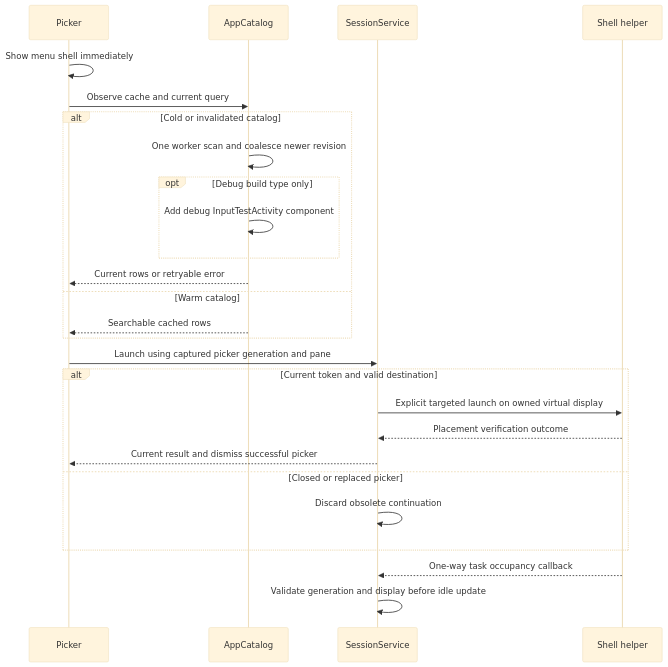
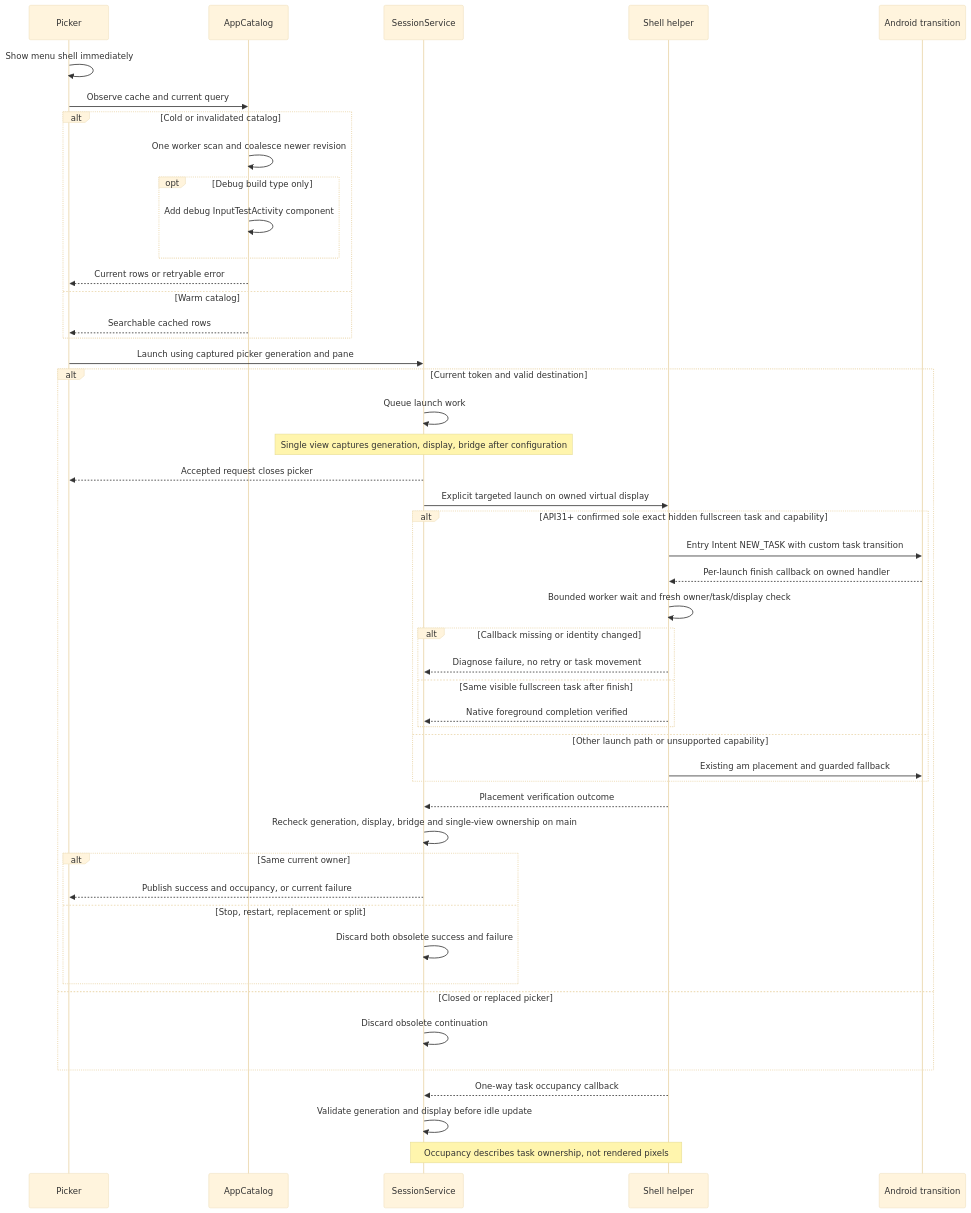
The second of 2 diagrams in docs/architecture/features/app-launcher.md (PhiLong-Ho/DexDroid), drawn with Mermaid (base theme) before and after one commit. The commit also changed other lines of this file and 319 other files, not shown here.

````diff
--- a/docs/architecture/features/app-launcher.md
+++ b/docs/architecture/features/app-launcher.md
@@ -29,28 +38,50 @@
 ```mermaid
 sequenceDiagram
     participant UI as Picker
     participant C as AppCatalog
     participant S as SessionService
     participant D as Shell helper
+    participant N as Android transition
     UI->>UI: Show menu shell immediately
     UI->>C: Observe cache and current query
     alt Cold or invalidated catalog
         C->>C: One worker scan and coalesce newer revision
         opt Debug build type only
             C->>C: Add debug InputTestActivity component
         end
         C-->>UI: Current rows or retryable error
     else Warm catalog
         C-->>UI: Searchable cached rows
     end
     UI->>S: Launch using captured picker generation and pane
     alt Current token and valid destination
+        S->>S: Queue launch work
+        Note over S: Single view captures generation, display, bridge after configuration
+        S-->>UI: Accepted request closes picker
         S->>D: Explicit targeted launch on owned virtual display
+        alt API31+ confirmed sole exact hidden fullscreen task and capability
+            D->>N: Entry Intent NEW_TASK with custom task transition
+            N-->>D: Per-launch finish callback on owned handler
+            D->>D: Bounded worker wait and fresh owner/task/display check
+            alt Callback missing or identity changed
+                D-->>S: Diagnose failure, no retry or task movement
+            else Same visible fullscreen task after finish
+                D-->>S: Native foreground completion verified
+            end
+        else Other launch path or unsupported capability
+            D->>N: Existing am placement and guarded fallback
+        end
         D-->>S: Placement verification outcome
-        S-->>UI: Current result and dismiss successful picker
+        S->>S: Recheck generation, display, bridge and single-view ownership on main
+        alt Same current owner
+            S-->>UI: Publish success and occupancy, or current failure
+        else Stop, restart, replacement or split
+            S->>S: Discard both obsolete success and failure
+        end
     else Closed or replaced picker
         S->>S: Discard obsolete continuation
     end
     D-->>S: One-way task occupancy callback
     S->>S: Validate generation and display before idle update
+    Note over S,D: Occupancy describes task ownership, not rendered pixels
 ```
````
